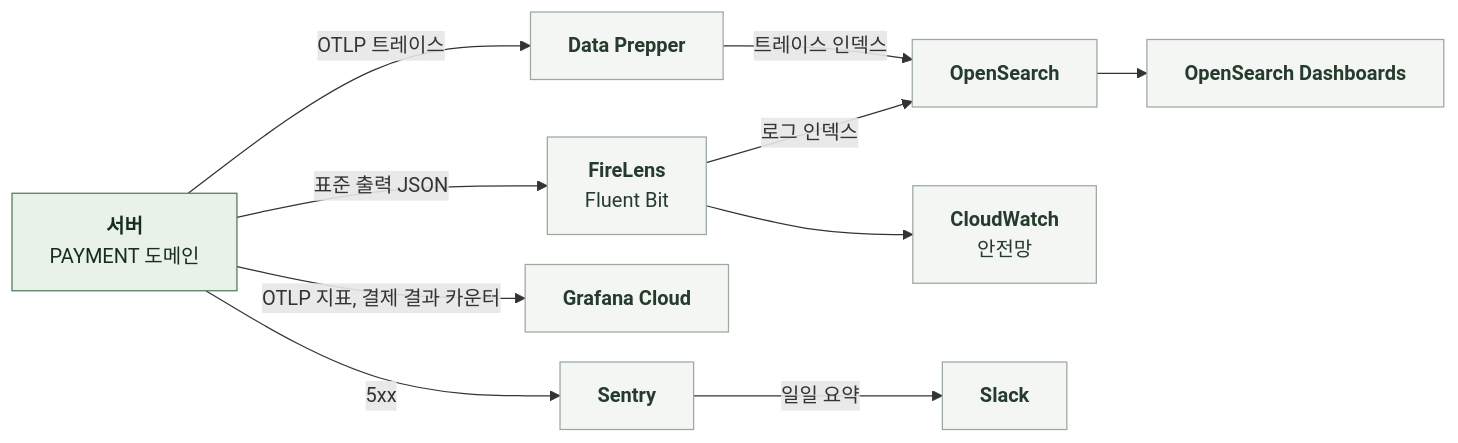
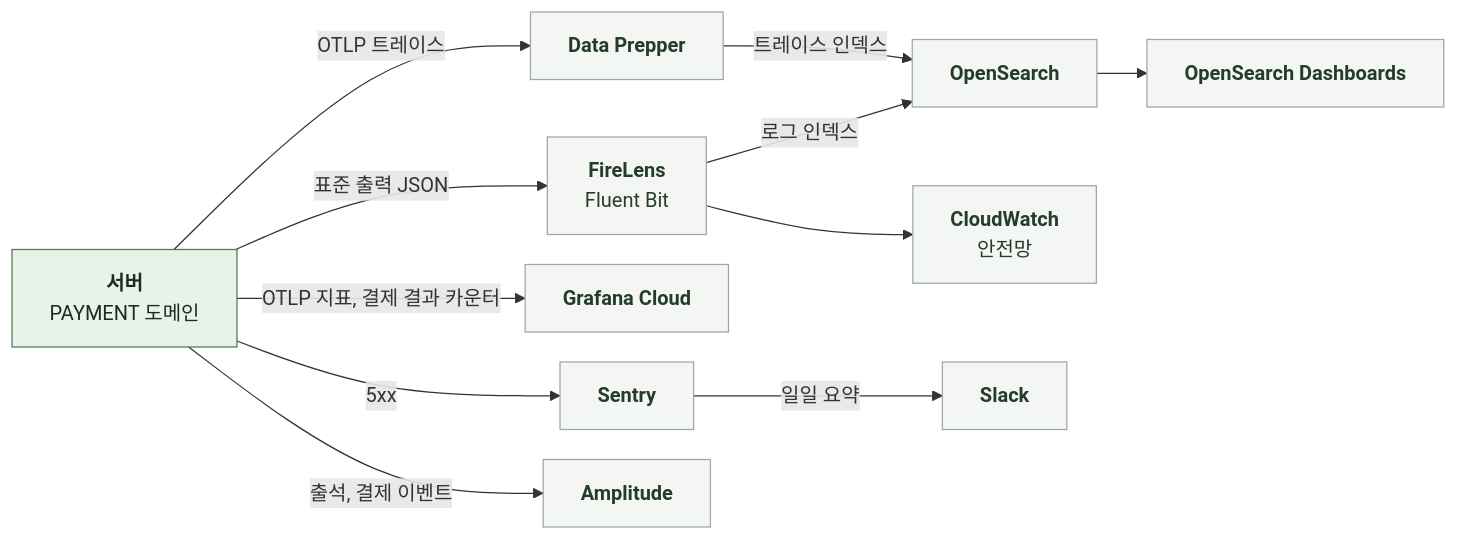
One commit to KIM-N-KANG/knk-harness changed the diagram in docs/domain/PAYMENT/BACKEND/5-4-OBSERVABILITY.md. Above: the diagram before and after it, drawn with Mermaid. The commit also changed other lines of this file and 14 other files, not shown here.

````diff
--- a/docs/domain/PAYMENT/BACKEND/5-4-OBSERVABILITY.md
+++ b/docs/domain/PAYMENT/BACKEND/5-4-OBSERVABILITY.md
@@ -11,21 +11,22 @@
 ```mermaid
 %%{init: {"flowchart": {"curve": "basis", "nodeSpacing": 24, "rankSpacing": 40}}}%%
 flowchart LR
     S["`**서버**
 PAYMENT 도메인`"]
     S -->|표준 출력 JSON| F["`**FireLens**
 Fluent Bit`"]
     F -->|로그 인덱스| OS["`**OpenSearch**`"]
     F --> CW["`**CloudWatch**
 안전망`"]
     S -->|OTLP 트레이스| DP["`**Data Prepper**`"]
     DP -->|트레이스 인덱스| OS
     OS --> OD["`**OpenSearch Dashboards**`"]
     S -->|OTLP 지표, 결제 결과 카운터| G["`**Grafana Cloud**`"]
     S -->|5xx| SE["`**Sentry**`"]
     SE -->|일일 요약| SL["`**Slack**`"]
+    S -->|출석, 결제 이벤트| AM["`**Amplitude**`"]
     classDef comp fill:#E8F2E8,stroke:#527A59,color:#182D1D
     classDef ext fill:#F4F6F4,stroke:#9BA99E,color:#253C2C
     class S comp
-    class F,OS,CW,DP,OD,G,SE,SL ext
+    class F,OS,CW,DP,OD,G,SE,SL,AM ext
 ```
````
